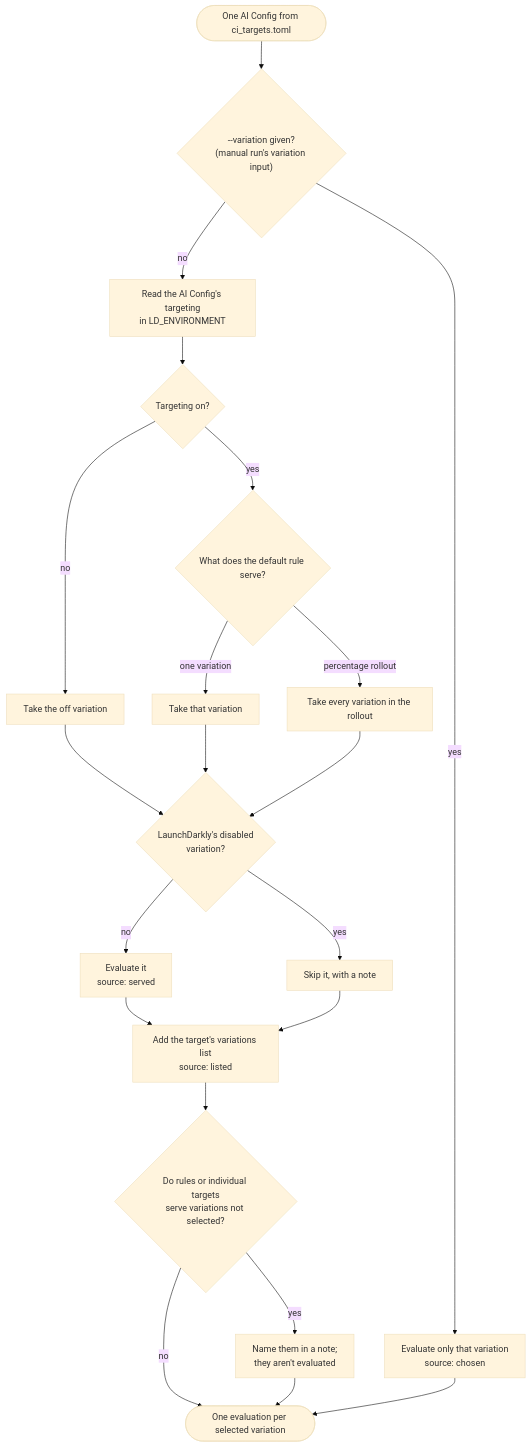
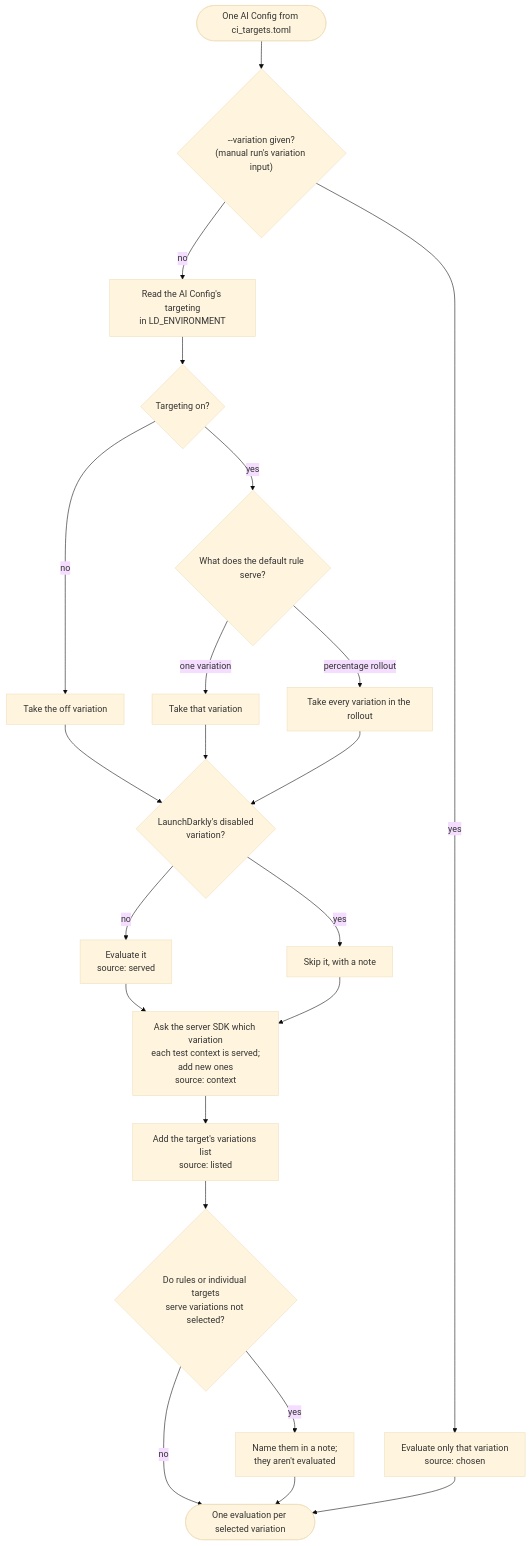
Before and after one commit to JeremyDarkly/policy_agent: the diagram in evals/CI_EVALS.md, drawn with Mermaid (base theme). The commit also changed other lines of this file and 5 other files, not shown here.

First line of the commit message:
Evaluate the variations test contexts are served in CI evals

````diff
--- a/evals/CI_EVALS.md
+++ b/evals/CI_EVALS.md
@@ -77,23 +79,24 @@
 ```mermaid
 flowchart TD
     start(["One AI Config from ci_targets.toml"]) --> flag{"--variation given?<br/>(manual run's variation input)"}
     flag -- yes --> chosen["Evaluate only that variation<br/>source: chosen"]
     flag -- no --> read["Read the AI Config's targeting<br/>in LD_ENVIRONMENT"]
     read --> on{"Targeting on?"}
     on -- no --> off["Take the off variation"]
     on -- yes --> fall{"What does the default rule serve?"}
     fall -- one variation --> one["Take that variation"]
     fall -- percentage rollout --> split["Take every variation in the rollout"]
     off --> disabled{"LaunchDarkly's disabled<br/>variation?"}
     one --> disabled
     split --> disabled
     disabled -- yes --> skip["Skip it, with a note"]
     disabled -- no --> served["Evaluate it<br/>source: served"]
-    served --> listed["Add the target's variations list<br/>source: listed"]
-    skip --> listed
+    served --> contexts["Ask the server SDK which variation<br/>each test context is served;<br/>add new ones<br/>source: context"]
+    skip --> contexts
+    contexts --> listed["Add the target's variations list<br/>source: listed"]
     listed --> others{"Do rules or individual targets<br/>serve variations not selected?"}
     others -- yes --> note["Name them in a note;<br/>they aren't evaluated"]
     others -- no --> run(["One evaluation per selected variation"])
     note --> run
     chosen --> run
 ```
````
